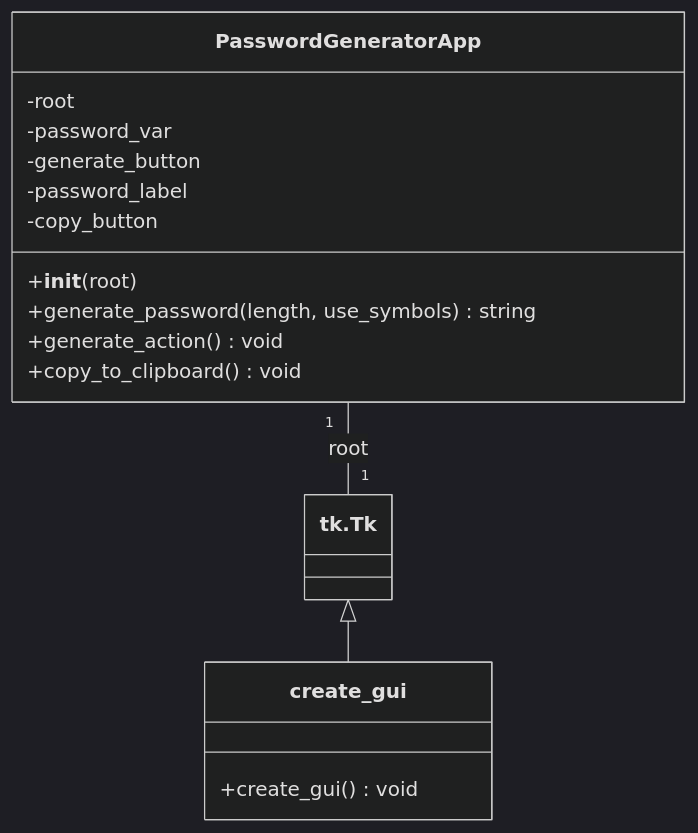
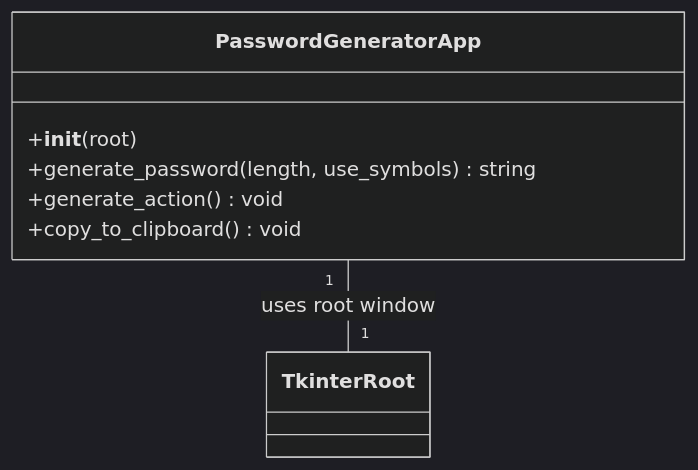
Before and after one commit to fokasssuins/python-generator-password: the first of 2 diagrams in README.md, drawn with Mermaid (dark theme). The commit also changed other lines of this file and 2 other files, not shown here.

````diff
--- a/README.md
+++ b/README.md
@@ -39,16 +62,12 @@
 ```mermaid
 classDiagram
-    PasswordGeneratorApp "1" -- "1" tk.Tk : root
-    PasswordGeneratorApp : +__init__(root)
-    PasswordGeneratorApp : +generate_password(length, use_symbols) string
-    PasswordGeneratorApp : +generate_action() void
-    PasswordGeneratorApp : +copy_to_clipboard() void
-    PasswordGeneratorApp : -root
-    PasswordGeneratorApp : -password_var
-    PasswordGeneratorApp : -generate_button
-    PasswordGeneratorApp : -password_label
-    PasswordGeneratorApp : -copy_button
+    class PasswordGeneratorApp {
+        +__init__(root)
+        +generate_password(length, use_symbols) string
+        +generate_action() void
+        +copy_to_clipboard() void
+    }
+    class TkinterRoot
 
-    tk.Tk <|-- create_gui
-    create_gui : +create_gui() void
+    PasswordGeneratorApp "1" -- "1" TkinterRoot : uses root window
 ```
````
